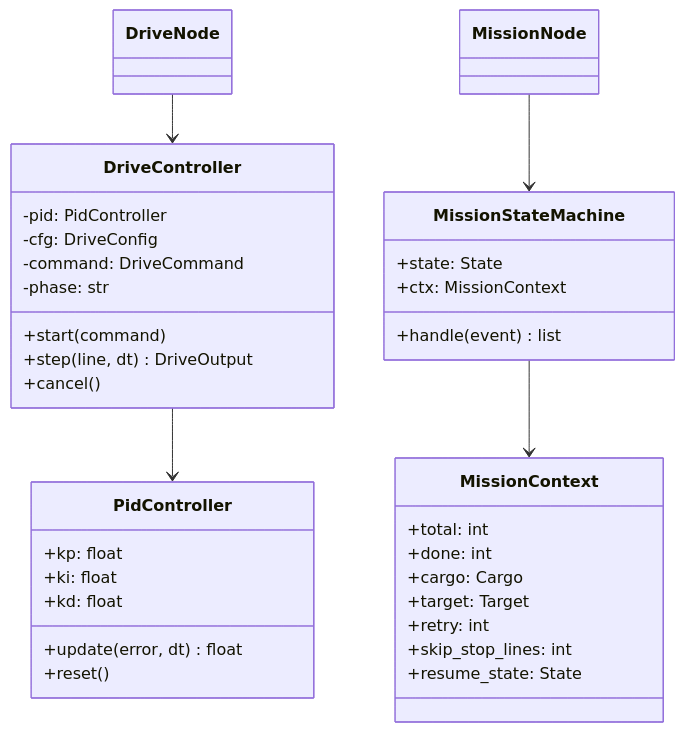
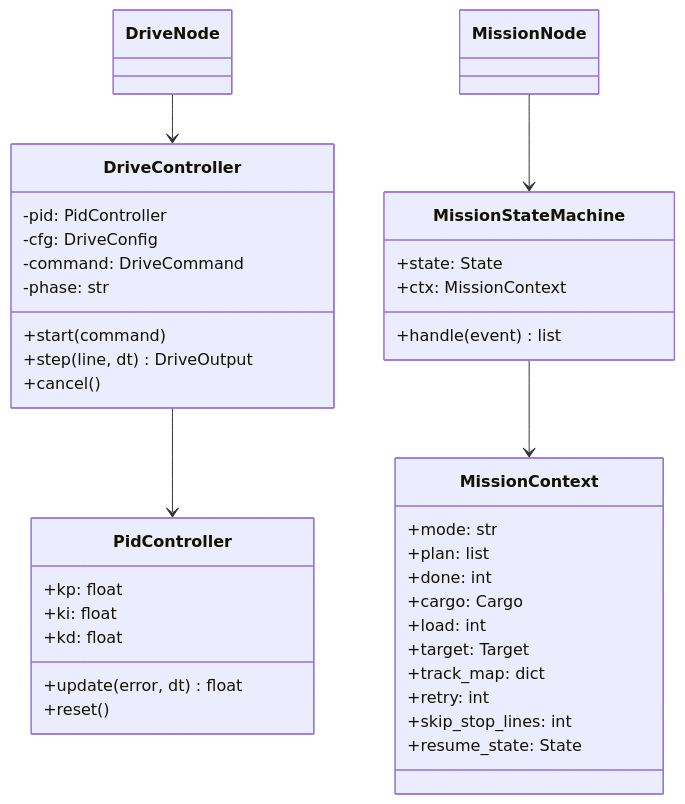
The third of 7 diagrams in 02_design/software/class_design.md (hwoo97/logistics-automation), drawn with Mermaid before and after one commit. The commit also changed other lines of this file and 67 other files, not shown here.

````diff
--- a/02_design/software/class_design.md
+++ b/02_design/software/class_design.md
@@ -269,39 +269,42 @@
 ```mermaid
 classDiagram
     class PidController {
         +kp: float
         +ki: float
         +kd: float
         +update(error, dt) float
         +reset()
     }
     class DriveController {
         -pid: PidController
         -cfg: DriveConfig
         -command: DriveCommand
         -phase: str
         +start(command)
         +step(line, dt) DriveOutput
         +cancel()
     }
     class MissionStateMachine {
         +state: State
         +ctx: MissionContext
         +handle(event) list
     }
     class MissionContext {
-        +total: int
+        +mode: str
+        +plan: list
         +done: int
         +cargo: Cargo
+        +load: int
         +target: Target
+        +track_map: dict
         +retry: int
         +skip_stop_lines: int
         +resume_state: State
     }
     class DriveNode
     class MissionNode
     DriveController --> PidController
     MissionStateMachine --> MissionContext
     DriveNode --> DriveController
     MissionNode --> MissionStateMachine
 ```
````
